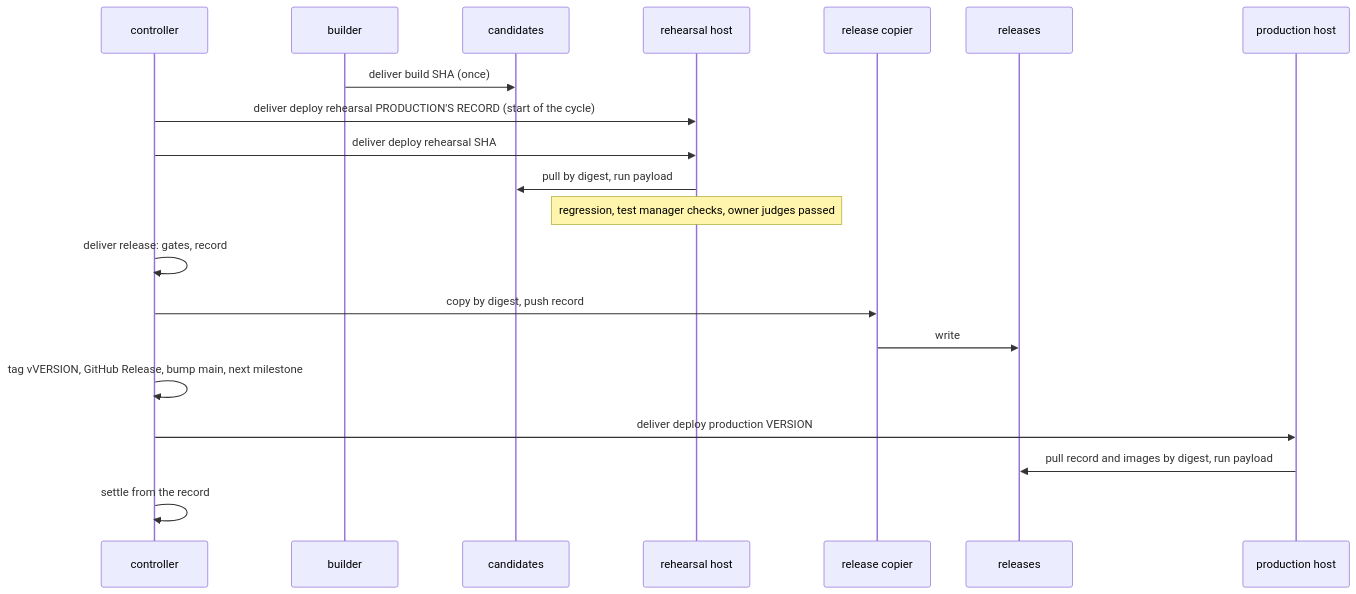
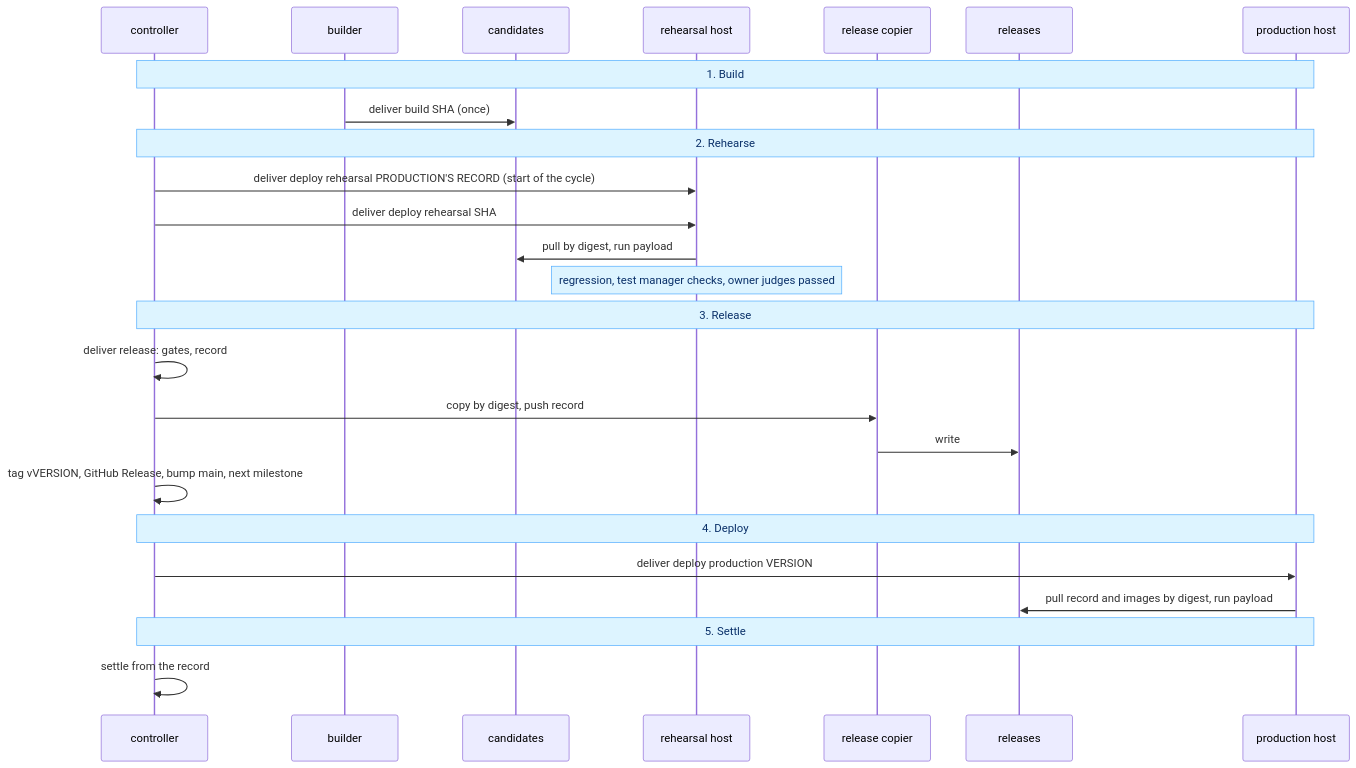
Before and after one commit to delphside/programme: the sixth of 7 diagrams in records/2.5-changes/programme-tooling/117-generic-deliver-tool/design.md, drawn with Mermaid. The commit also changed other lines of this file, not shown here.

````diff
--- a/records/2.5-changes/programme-tooling/117-generic-deliver-tool/design.md
+++ b/records/2.5-changes/programme-tooling/117-generic-deliver-tool/design.md
@@ -357,22 +588,28 @@
 ```mermaid
+%%{init: {"themeVariables": {"noteBkgColor": "#ddf4ff", "noteBorderColor": "#54aeff", "noteTextColor": "#0a3069"}}}%%
 sequenceDiagram
   participant CN as controller
   participant BE as builder
   participant C as candidates
   participant H as rehearsal host
   participant RC as release copier
   participant R as releases
   participant P as production host
+  Note over CN,P: 1. Build
   BE->>C: deliver build SHA (once)
+  Note over CN,P: 2. Rehearse
   CN->>H: deliver deploy rehearsal PRODUCTION'S RECORD (start of the cycle)
   CN->>H: deliver deploy rehearsal SHA
   H->>C: pull by digest, run payload
   Note over H: regression, test manager checks, owner judges passed
+  Note over CN,P: 3. Release
   CN->>CN: deliver release: gates, record
   CN->>RC: copy by digest, push record
   RC->>R: write
   CN->>CN: tag vVERSION, GitHub Release, bump main, next milestone
+  Note over CN,P: 4. Deploy
   CN->>P: deliver deploy production VERSION
   P->>R: pull record and images by digest, run payload
+  Note over CN,P: 5. Settle
   CN->>CN: settle from the record
 ```
````
